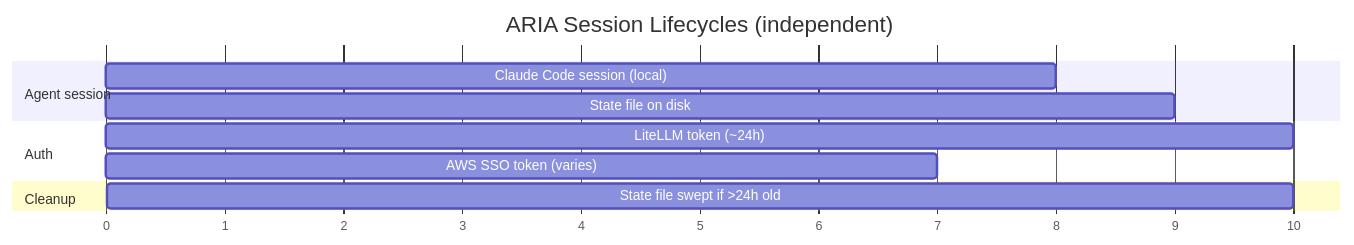
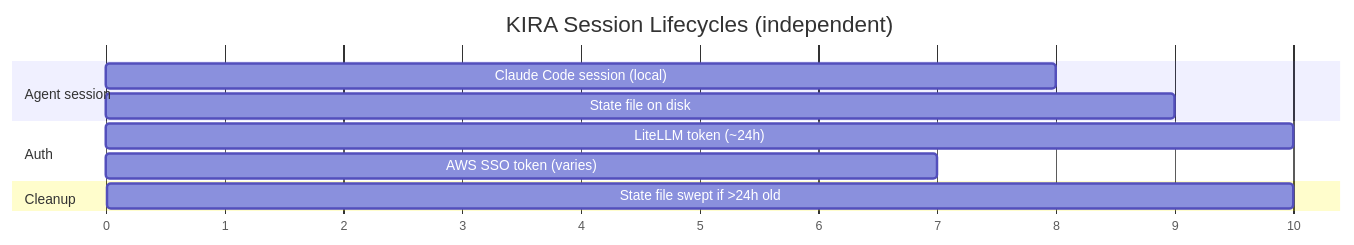
Diagram 32 of 32 in interview/QnA.md (dnyanesh-k/notes), drawn with Mermaid before and after one commit. The commit also changed other lines of this file and 17 other files, not shown here.

````diff
--- a/interview/QnA.md
+++ b/interview/QnA.md
@@ -2771,17 +3435,17 @@
 ```mermaid
 gantt
-    title ARIA Session Lifecycles (independent)
+    title KIRA Session Lifecycles (independent)
     dateFormat X
     axisFormat %s
 
     section Agent session
     Claude Code session (local)     :0, 8
     State file on disk              :0, 9
 
     section Auth
     LiteLLM token (~24h)            :0, 10
     AWS SSO token (varies)          :0, 7
 
     section Cleanup
     State file swept if >24h old    :9, 10
 ```
````
